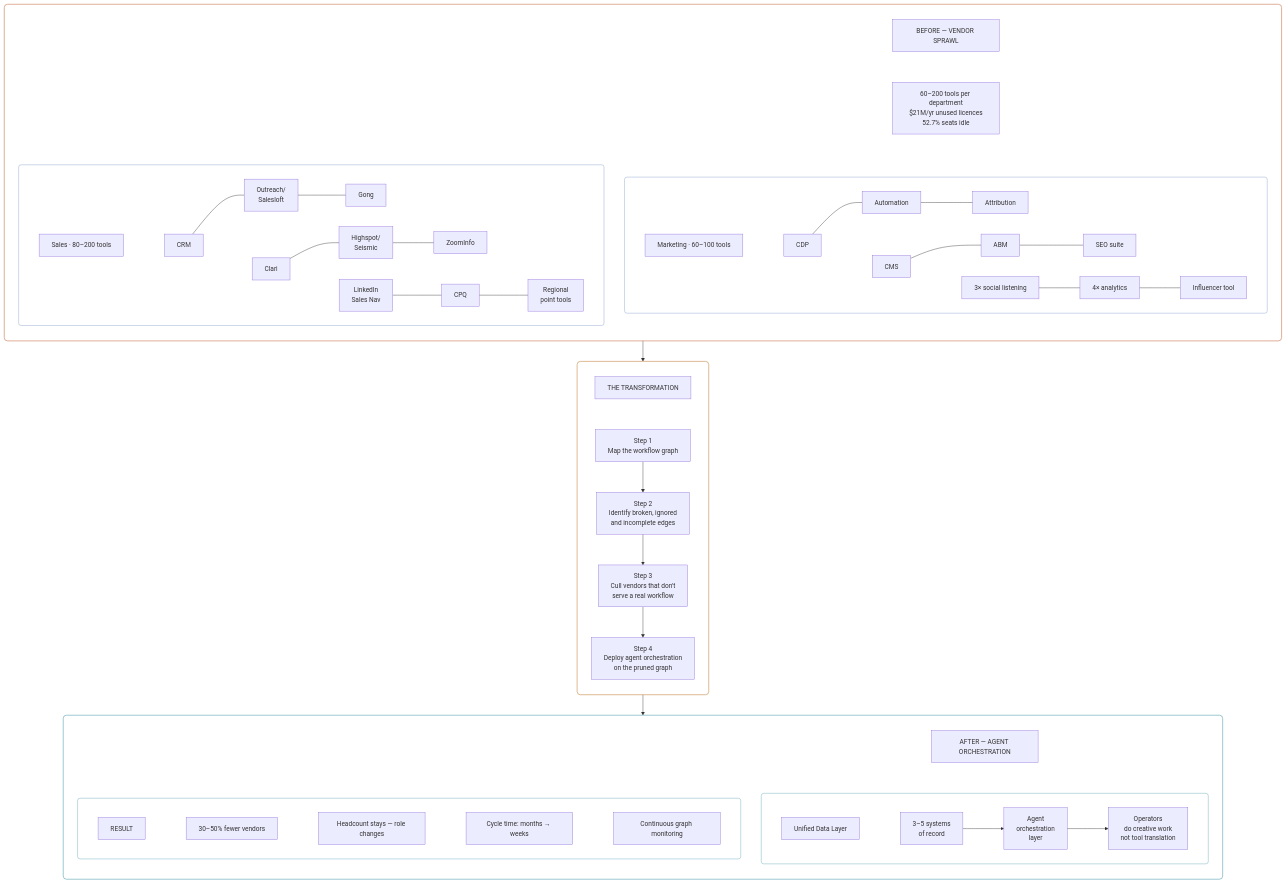
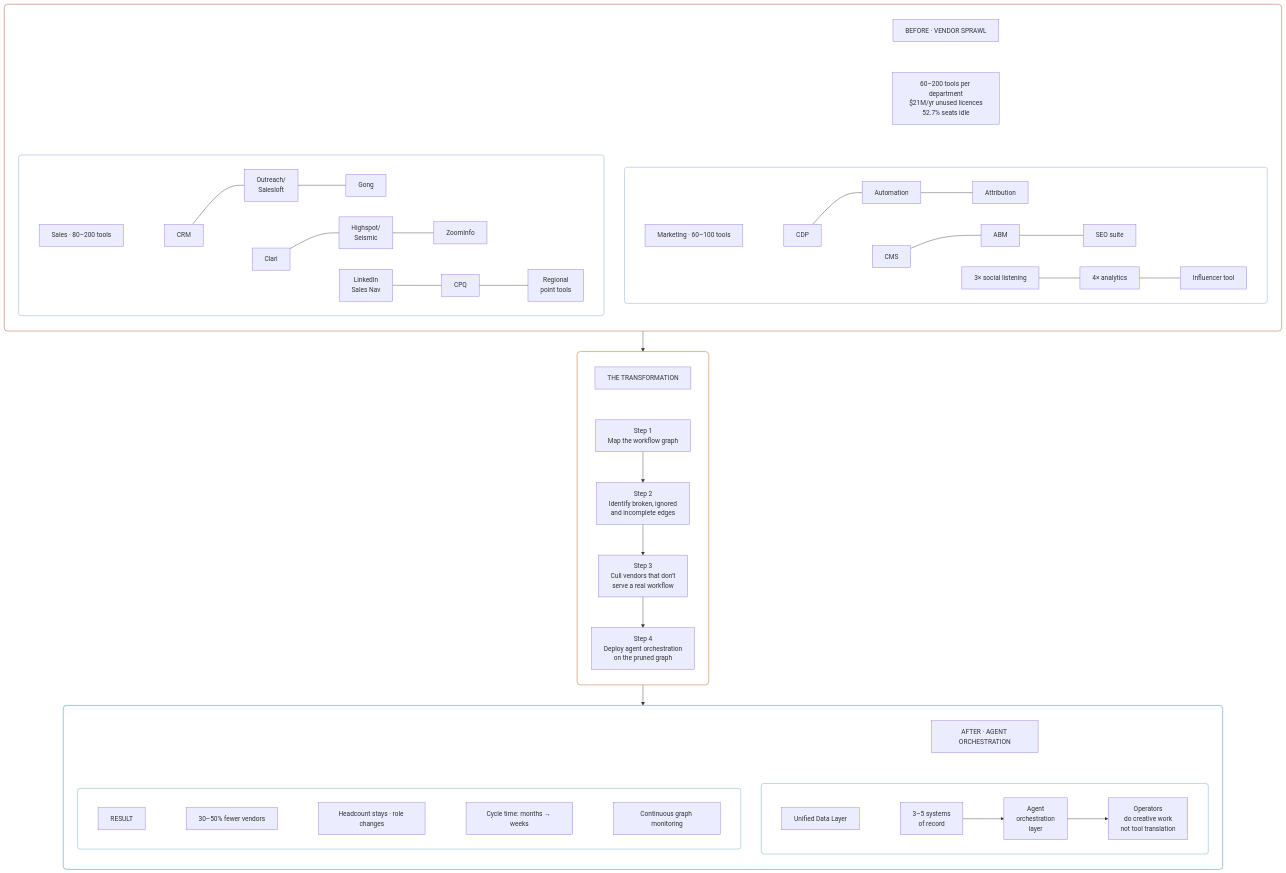
One commit to TarrySingh/tarrysingh-com changed the third of 4 diagrams in content/blog/companies-are-workflows-audit-got-cheap.mdx. Above: the diagram before and after it, drawn with Mermaid. The commit also changed other lines of this file and 10 other files, not shown here.

````diff
--- a/content/blog/companies-are-workflows-audit-got-cheap.mdx
+++ b/content/blog/companies-are-workflows-audit-got-cheap.mdx
@@ -115,80 +115,80 @@
 ```mermaid
 %% caption: Before: sixty to two hundred tools per department, half the seats idle. After: a unified data layer and an agent that orchestrates the workflows that remain.
 flowchart TD
   subgraph BEFORE[" "]
     direction TB
-    BEF_H["BEFORE — VENDOR SPRAWL"]
+    BEF_H["BEFORE · VENDOR SPRAWL"]
     BEF_STAT["60–200 tools per department\n$21M/yr unused licences\n52.7% seats idle"]
     subgraph BF_MKT[" "]
       BM_H["Marketing · 60–100 tools"]
       BM1["CDP"] --- BM2["Automation"] --- BM3["Attribution"]
       BM4["CMS"] --- BM5["ABM"] --- BM6["SEO suite"]
       BM7["3× social listening"] --- BM8["4× analytics"] --- BM9["Influencer tool"]
       BM_H ~~~ BM1
       BM1 ~~~ BM4
       BM4 ~~~ BM7
     end
     subgraph BF_SALES[" "]
       BS_H["Sales · 80–200 tools"]
       BS1["CRM"] --- BS2["Outreach/\nSalesloft"] --- BS3["Gong"]
       BS4["Clari"] --- BS5["Highspot/\nSeismic"] --- BS6["ZoomInfo"]
       BS7["LinkedIn\nSales Nav"] --- BS8["CPQ"] --- BS9["Regional\npoint tools"]
       BS_H ~~~ BS1
       BS1 ~~~ BS4
       BS4 ~~~ BS7
     end
     BEF_H ~~~ BEF_STAT
     BEF_STAT ~~~ BF_MKT
   end
   subgraph TRANSFORM[" "]
     direction TB
     TR_H["THE TRANSFORMATION"]
     TR1["Step 1\nMap the workflow graph"]
     TR2["Step 2\nIdentify broken, ignored\nand incomplete edges"]
     TR3["Step 3\nCull vendors that don't\nserve a real workflow"]
     TR4["Step 4\nDeploy agent orchestration\non the pruned graph"]
     TR_H ~~~ TR1
     TR1 --> TR2 --> TR3 --> TR4
   end
   subgraph AFTER[" "]
     direction TB
-    AFT_H["AFTER — AGENT ORCHESTRATION"]
+    AFT_H["AFTER · AGENT ORCHESTRATION"]
     subgraph AF_CORE[" "]
       AC_H["Unified Data Layer"]
       AC1["3–5 systems\nof record"]
       AC2["Agent\norchestration\nlayer"]
       AC3["Operators\ndo creative work\nnot tool translation"]
       AC_H ~~~ AC1
       AC1 --> AC2 --> AC3
     end
     subgraph AF_RESULT[" "]
       AR_H["RESULT"]
       AR1["30–50% fewer vendors"]
-      AR2["Headcount stays — role changes"]
+      AR2["Headcount stays · role changes"]
       AR3["Cycle time: months → weeks"]
       AR4["Continuous graph monitoring"]
       AR_H ~~~ AR1
       AR1 ~~~ AR2
       AR2 ~~~ AR3
       AR3 ~~~ AR4
     end
     AFT_H ~~~ AF_CORE
   end
   BEFORE --> TRANSFORM --> AFTER
   class BEF_H hdrRose
   class BEF_STAT statNode
   class BM_H,BS_H hdrCool
   class BM1,BM2,BM3,BM4,BM5,BM6,BM7,BM8,BM9,BS1,BS2,BS3,BS4,BS5,BS6,BS7,BS8,BS9 toolNode
   class TR_H hdrCopper
   class TR1,TR2,TR3,TR4 stepNode
   class AFT_H hdrTeal
   class AC_H,AR_H hdrTeal
   class AC1,AC2,AC3,AR1,AR2,AR3,AR4 goodNode
   style BEFORE fill:none,stroke:#cf7d5a,stroke-width:1.5px,rx:8
   style BF_MKT fill:none,stroke:#849cc8,stroke-width:1px,rx:6
   style BF_SALES fill:none,stroke:#849cc8,stroke-width:1px,rx:6
   style TRANSFORM fill:none,stroke:#c98e4f,stroke-width:1.5px,rx:8
   style AFTER fill:none,stroke:#5fa6b4,stroke-width:1.5px,rx:8
   style AF_CORE fill:none,stroke:#5fa6b4,stroke-width:1px,rx:6
   style AF_RESULT fill:none,stroke:#5fa6b4,stroke-width:1px,rx:6
 ```
````
